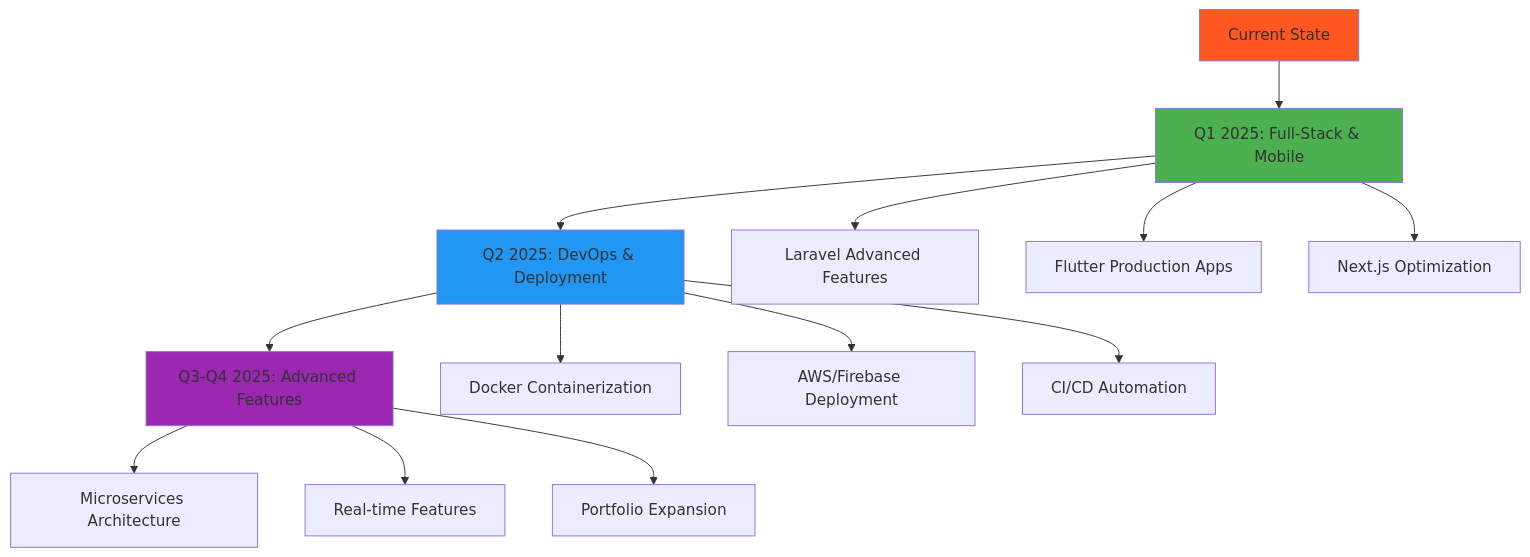
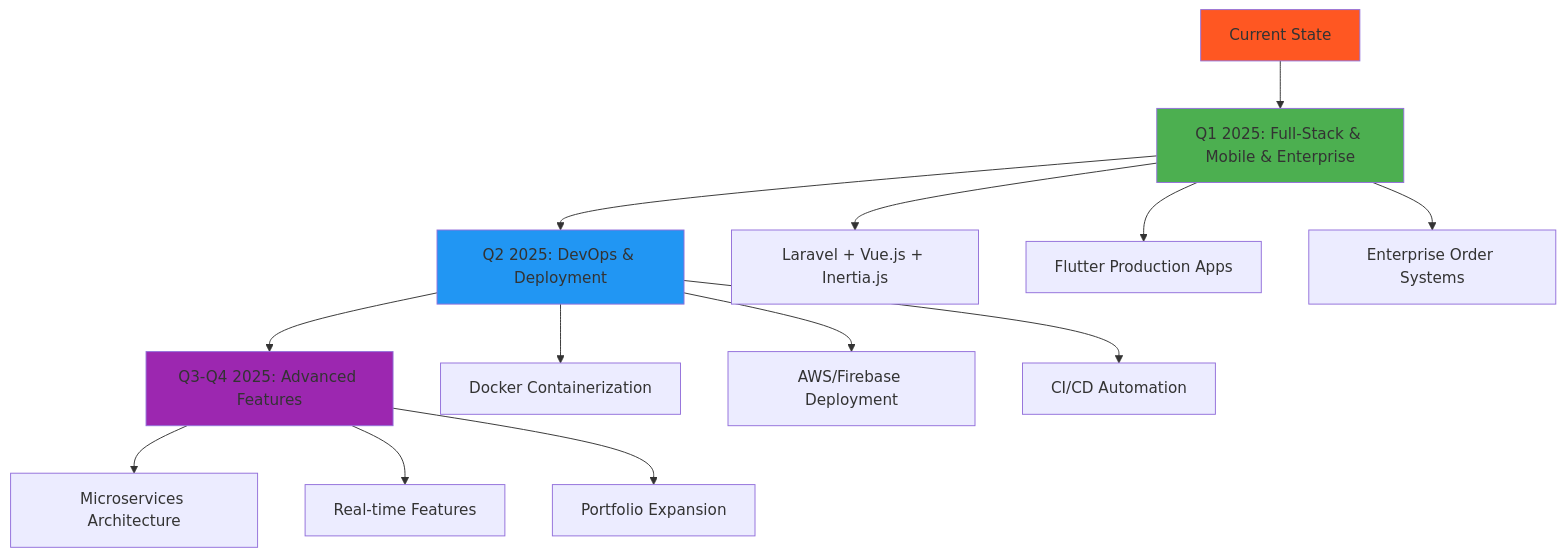
The third of 4 diagrams in README.md (Namidu99/Namidu99), drawn with Mermaid before and after one commit. The commit also changed other lines of this file, not shown here.

````diff
--- a/README.md
+++ b/README.md
@@ -205,23 +223,23 @@
 ```mermaid
 graph TD
-    A[Current State] --> B[Q1 2025: Full-Stack & Mobile]
+    A[Current State] --> B[Q1 2025: Full-Stack & Mobile & Enterprise]
     B --> C[Q2 2025: DevOps & Deployment]
     C --> D[Q3-Q4 2025: Advanced Features]
     
-    B --> B1[Laravel Advanced Features]
+    B --> B1[Laravel + Vue.js + Inertia.js]
     B --> B2[Flutter Production Apps]
-    B --> B3[Next.js Optimization]
+    B --> B3[Enterprise Order Systems]
     
     C --> C1[Docker Containerization]
     C --> C2[AWS/Firebase Deployment]
     C --> C3[CI/CD Automation]
     
     D --> D1[Microservices Architecture]
     D --> D2[Real-time Features]
     D --> D3[Portfolio Expansion]
     
     style A fill:#FF5722
     style B fill:#4CAF50
     style C fill:#2196F3
     style D fill:#9C27B0
 ```
````
